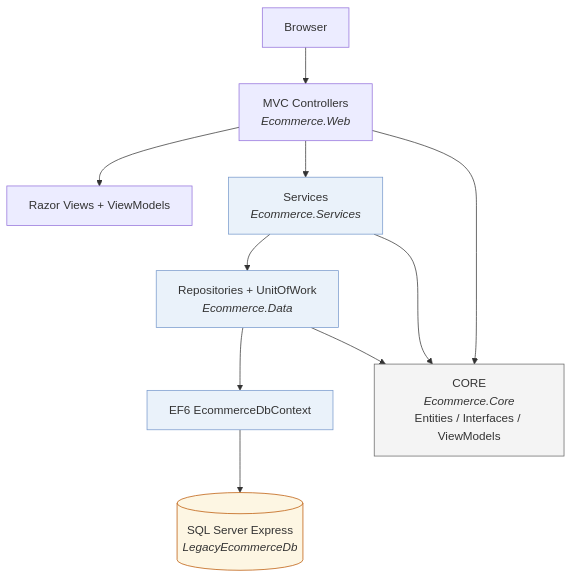
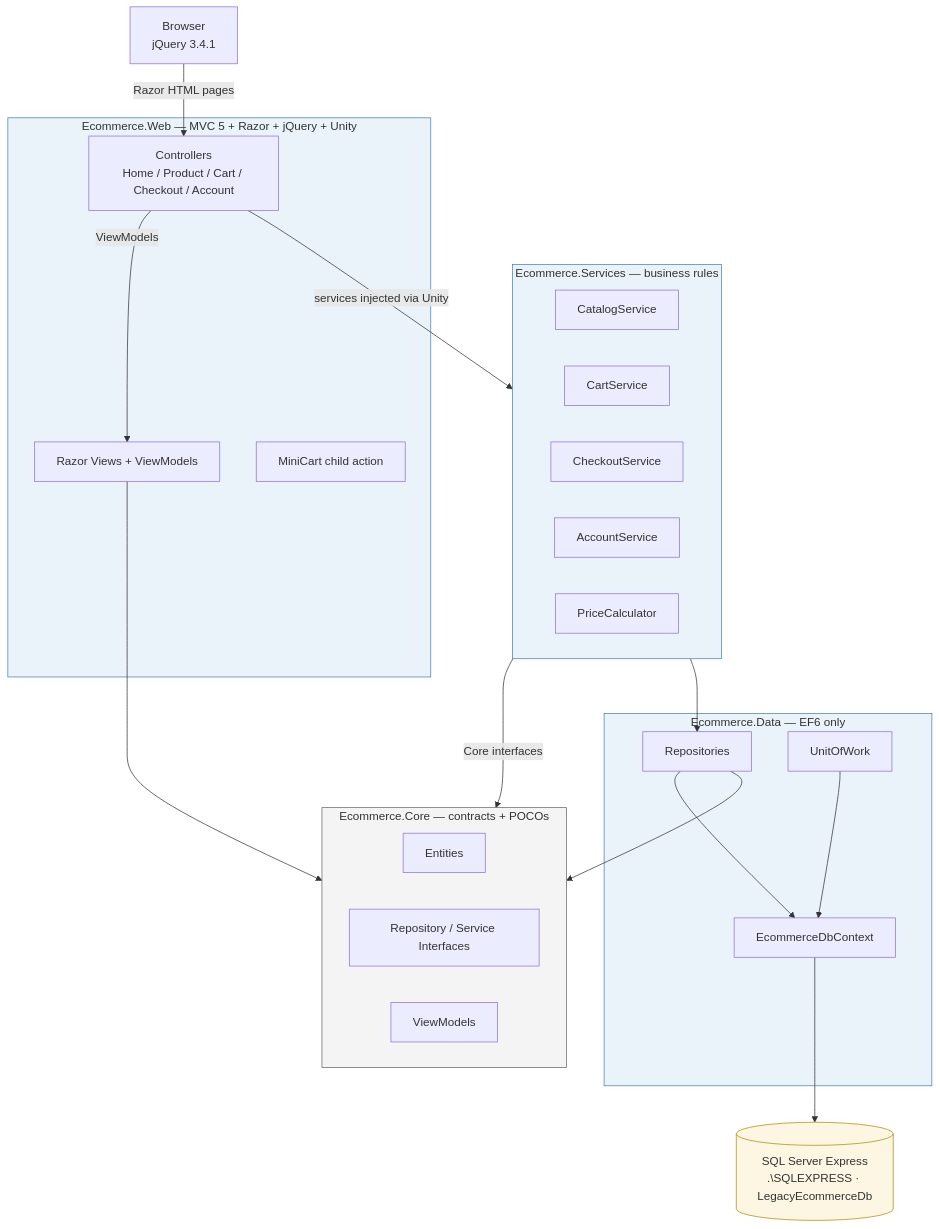
One commit to prasadattarde25-art/legacy-ecommerce-demo changed the diagram in README.md. Above: the diagram before and after it, drawn with Mermaid. The commit also changed other lines of this file and 1 other file, not shown here.

Commit message:
docs: professional CTO-grade README (architecture, layers, modules, security, testing) + automated smoke-test script

````diff
--- a/README.md
+++ b/README.md
@@ -21,18 +34,48 @@
 ```mermaid
 flowchart TB
-    B[Browser] --> C[MVC Controllers<br/><i>Ecommerce.Web</i>]
-    C --> V[Razor Views + ViewModels]
-    C --> SVC[Services<br/><i>Ecommerce.Services</i>]
-    SVC --> REPO[Repositories + UnitOfWork<br/><i>Ecommerce.Data</i>]
-    REPO --> DC[EF6 EcommerceDbContext]
-    DC --> DB[(SQL Server Express<br/><i>LegacyEcommerceDb</i>)]
-    SVC --> CORE
-    REPO --> CORE
-    C --> CORE
-    CORE[CORE<br/><i>Ecommerce.Core</i><br/>Entities / Interfaces / ViewModels]
+    B[Browser<br/>jQuery 3.4.1]
+    B -->|Razor HTML pages| C
+
+    subgraph WEB[Ecommerce.Web — MVC 5 + Razor + jQuery + Unity]
+        C[Controllers<br/>Home / Product / Cart / Checkout / Account]
+        V[Razor Views + ViewModels]
+        M[MiniCart child action]
+    end
+
+    C -->|ViewModels| V
+    C -->|services injected via Unity| SVC
+
+    subgraph SVC[Ecommerce.Services — business rules]
+        CA[CatalogService]
+        CT[CartService]
+        CO[CheckoutService]
+        AC[AccountService]
+        PR[PriceCalculator]
+    end
+
+    subgraph DATA[Ecommerce.Data — EF6 only]
+        R[Repositories]
+        UOW[UnitOfWork]
+        DC[EcommerceDbContext]
+    end
+
+    SVC -->|Core interfaces| CORE
+    SVC --> R
+    R --> DC
+    UOW --> DC
+    DC --> DB[(SQL Server Express<br/>.\SQLEXPRESS · LegacyEcommerceDb)]
+
+    subgraph CORE[Ecommerce.Core — contracts + POCOs]
+        E[Entities]
+        I[Repository / Service Interfaces]
+        VM[ViewModels]
+    end
+
+    R --> CORE
+    V --> CORE
     style CORE fill:#f4f4f4,stroke:#666
-    style SVC fill:#eaf2fa,stroke:#79c
-    style REPO fill:#eaf2fa,stroke:#79c
-    style DC fill:#eaf2fa,stroke:#79c
-    style DB fill:#fdf6e3,stroke:#b50
+    style WEB fill:#eaf2fa,stroke:#4582b9
+    style SVC fill:#eaf2fa,stroke:#4582b9
+    style DATA fill:#eaf2fa,stroke:#4582b9
+    style DB fill:#fdf6e3,stroke:#b58900
 ```
````
